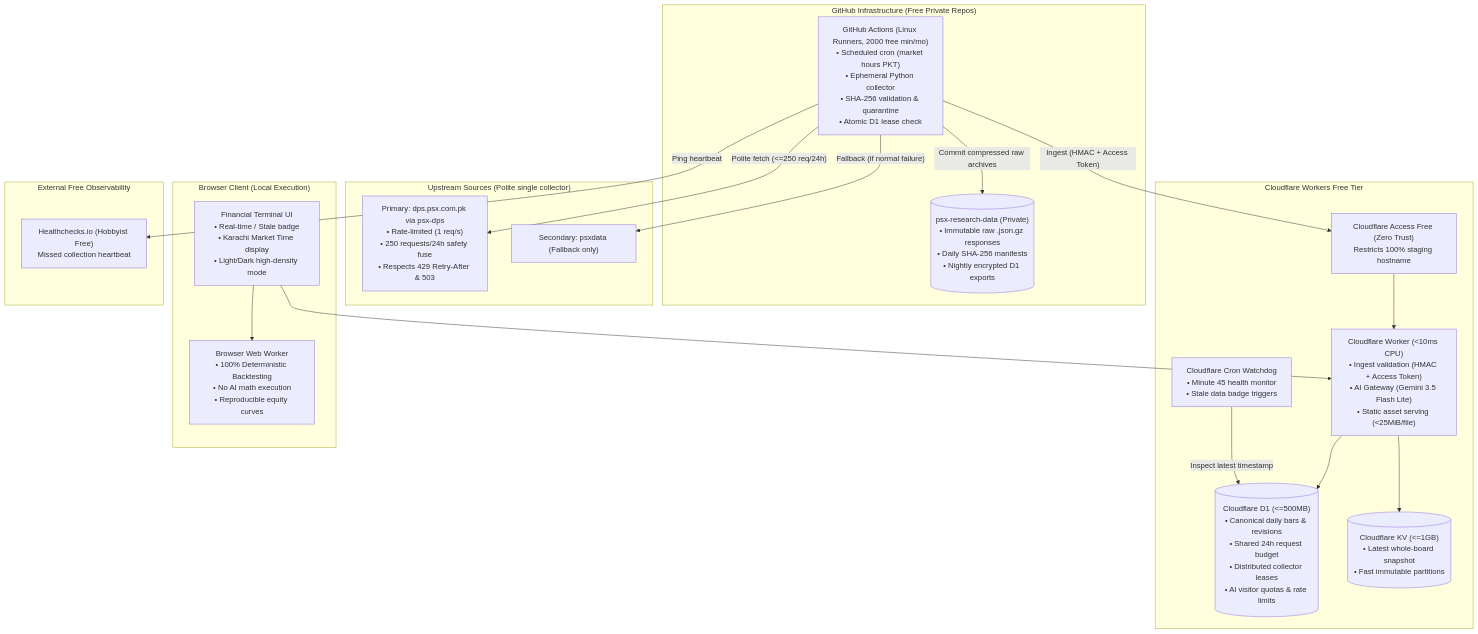
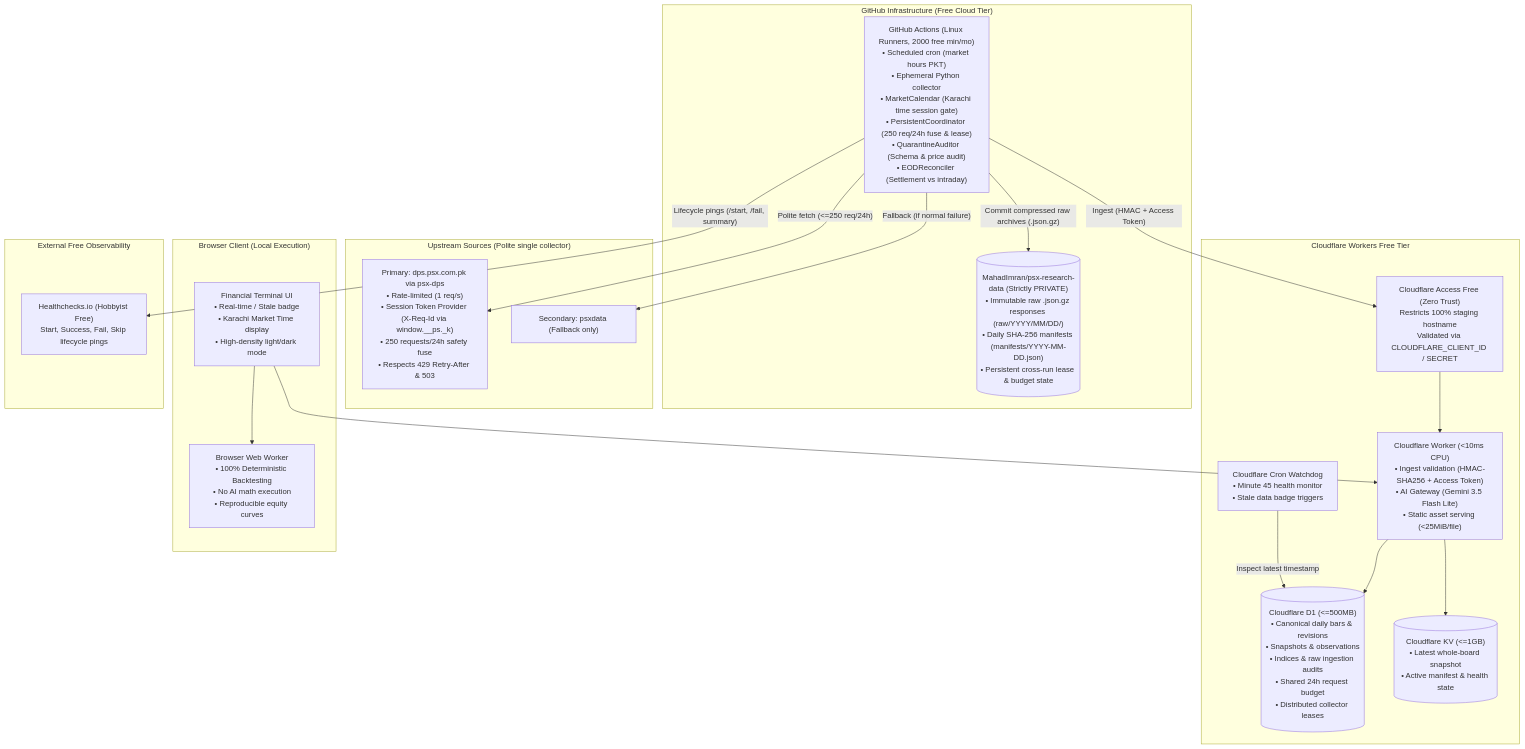
One commit to MahadImran/psx-research-lab changed the diagram in docs/ARCHITECTURE.md. Above: the diagram before and after it, drawn with Mermaid. The commit also changed other lines of this file and 29 other files, not shown here.

Commit message:
feat(m2): durable cloud collector, persistent coordinator, eod reconciler, and healthchecks

````diff
--- a/docs/ARCHITECTURE.md
+++ b/docs/ARCHITECTURE.md
@@ -11,42 +14,42 @@
 ```mermaid
 flowchart TD
-    subgraph GitHub_Cloud["GitHub Infrastructure (Free Private Repos)"]
-        GHA["GitHub Actions (Linux Runners, 2000 free min/mo)\n• Scheduled cron (market hours PKT)\n• Ephemeral Python collector\n• SHA-256 validation & quarantine\n• Atomic D1 lease check"]
-        DataRepo[("psx-research-data (Private)\n• Immutable raw .json.gz responses\n• Daily SHA-256 manifests\n• Nightly encrypted D1 exports")]
+    subgraph GitHub_Cloud["GitHub Infrastructure (Free Cloud Tier)"]
+        GHA["GitHub Actions (Linux Runners, 2000 free min/mo)\n• Scheduled cron (market hours PKT)\n• Ephemeral Python collector\n• MarketCalendar (Karachi time session gate)\n• PersistentCoordinator (250 req/24h fuse & lease)\n• QuarantineAuditor (Schema & price audit)\n• EODReconciler (Settlement vs intraday)"]
+        DataRepo[("MahadImran/psx-research-data (Strictly PRIVATE)\n• Immutable raw .json.gz responses (raw/YYYY/MM/DD/)\n• Daily SHA-256 manifests (manifests/YYYY-MM-DD.json)\n• Persistent cross-run lease & budget state")]
     end
 
     subgraph PSX_Upstream["Upstream Sources (Polite single collector)"]
-        PSXDPS["Primary: dps.psx.com.pk via psx-dps\n• Rate-limited (1 req/s)\n• 250 requests/24h safety fuse\n• Respects 429 Retry-After & 503"]
+        PSXDPS["Primary: dps.psx.com.pk via psx-dps\n• Rate-limited (1 req/s)\n• Session Token Provider (X-Req-Id via window.__ps._k)\n• 250 requests/24h safety fuse\n• Respects 429 Retry-After & 503"]
         PSXData["Secondary: psxdata (Fallback only)"]
     end
 
     subgraph Cloudflare_Free["Cloudflare Workers Free Tier"]
-        CF_Access["Cloudflare Access Free (Zero Trust)\nRestricts 100% staging hostname"]
-        Worker["Cloudflare Worker (<10ms CPU)\n• Ingest validation (HMAC + Access Token)\n• AI Gateway (Gemini 3.5 Flash Lite)\n• Static asset serving (<25MiB/file)"]
+        CF_Access["Cloudflare Access Free (Zero Trust)\nRestricts 100% staging hostname\nValidated via CLOUDFLARE_CLIENT_ID / SECRET"]
+        Worker["Cloudflare Worker (<10ms CPU)\n• Ingest validation (HMAC-SHA256 + Access Token)\n• AI Gateway (Gemini 3.5 Flash Lite)\n• Static asset serving (<25MiB/file)"]
         CF_Cron["Cloudflare Cron Watchdog\n• Minute 45 health monitor\n• Stale data badge triggers"]
-        D1[("Cloudflare D1 (<=500MB)\n• Canonical daily bars & revisions\n• Shared 24h request budget\n• Distributed collector leases\n• AI visitor quotas & rate limits")]
-        KV[("Cloudflare KV (<=1GB)\n• Latest whole-board snapshot\n• Fast immutable partitions")]
+        D1[("Cloudflare D1 (<=500MB)\n• Canonical daily bars & revisions\n• Snapshots & observations\n• Indices & raw ingestion audits\n• Shared 24h request budget\n• Distributed collector leases")]
+        KV[("Cloudflare KV (<=1GB)\n• Latest whole-board snapshot\n• Active manifest & health state")]
     end
 
     subgraph Client_Browser["Browser Client (Local Execution)"]
-        ReactUI["Financial Terminal UI\n• Real-time / Stale badge\n• Karachi Market Time display\n• Light/Dark high-density mode"]
+        ReactUI["Financial Terminal UI\n• Real-time / Stale badge\n• Karachi Market Time display\n• High-density light/dark mode"]
         WebWorker["Browser Web Worker\n• 100% Deterministic Backtesting\n• No AI math execution\n• Reproducible equity curves"]
     end
 
     subgraph Monitoring["External Free Observability"]
-        Healthchecks["Healthchecks.io (Hobbyist Free)\nMissed collection heartbeat"]
+        Healthchecks["Healthchecks.io (Hobbyist Free)\nStart, Success, Fail, Skip lifecycle pings"]
     end
 
     %% Flows
     GHA -->|"Polite fetch (<=250 req/24h)"| PSXDPS
     GHA -->|"Fallback (if normal failure)"| PSXData
-    GHA -->|"Commit compressed raw archives"| DataRepo
+    GHA -->|"Commit compressed raw archives (.json.gz)"| DataRepo
     GHA -->|"Ingest (HMAC + Access Token)"| CF_Access
     CF_Access --> Worker
     Worker --> D1
     Worker --> KV
-    GHA -->|"Ping heartbeat"| Healthchecks
+    GHA -->|"Lifecycle pings (/start, /fail, summary)"| Healthchecks
     CF_Cron -->|"Inspect latest timestamp"| D1
     ReactUI --> Worker
     ReactUI --> WebWorker
 ```
````
